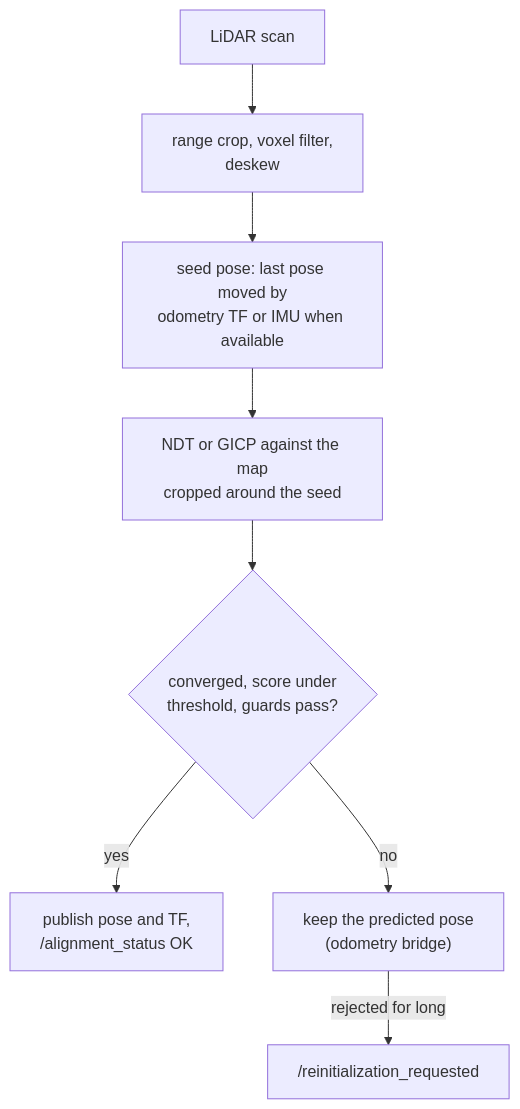
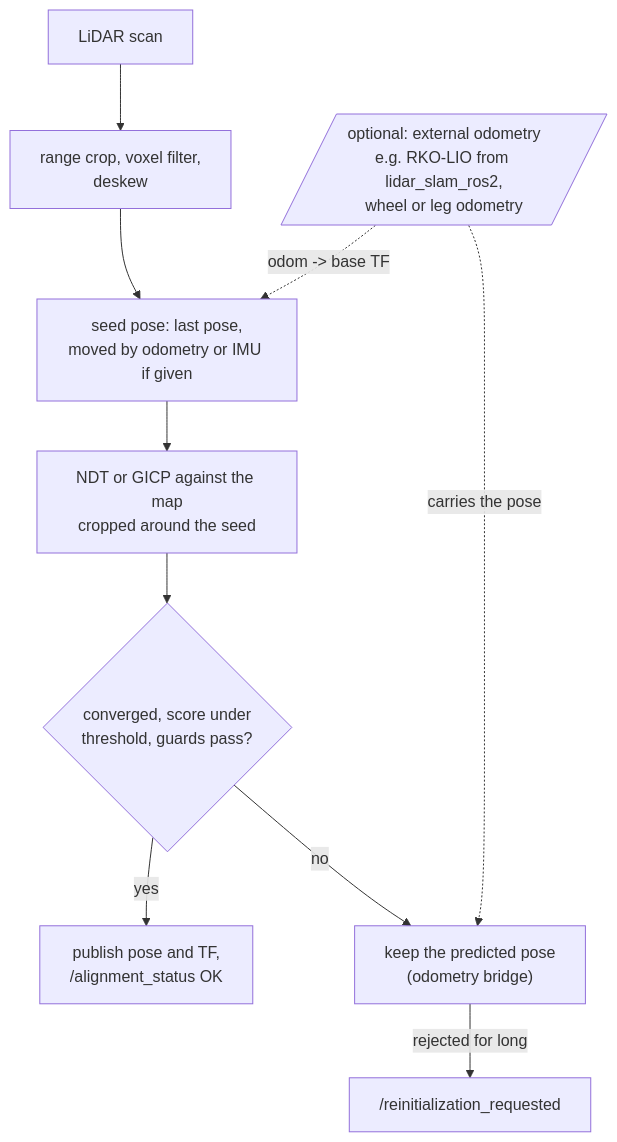
Before and after one commit to rsasaki0109/lidar_localization_ros2: the second of 2 diagrams in README.md, drawn with Mermaid. The commit also changed other lines of this file, not shown here.

Commit message:
Show external odometry (e.g. RKO-LIO) as optional in the per-scan diagram
The README hero caption and the benchmark mention RKO-LIO, which read as
if it did the localization. The per-scan diagram now draws external
odometry as an optional input that seeds the next scan and carries the
pose through rejected scans, and a short paragraph says that map
matching is always NDT or GICP.

Claude-Session: https://claude.ai/code/session_01Ek8H7ddDwwTcrurSKKRQ3Q

````diff
--- a/README.md
+++ b/README.md
@@ -163,10 +163,13 @@
 ```mermaid
 flowchart TD
+    odom[/"optional: external odometry<br/>e.g. RKO-LIO from lidar_slam_ros2,<br/>wheel or leg odometry"/]
     scan["LiDAR scan"] --> prep["range crop, voxel filter,<br/>deskew"]
-    prep --> seed["seed pose: last pose moved by<br/>odometry TF or IMU when available"]
+    prep --> seed["seed pose: last pose,<br/>moved by odometry or IMU if given"]
     seed --> reg["NDT or GICP against the map<br/>cropped around the seed"]
     reg --> gate{"converged, score under<br/>threshold, guards pass?"}
     gate -- yes --> pub["publish pose and TF,<br/>/alignment_status OK"]
     gate -- no --> bridge["keep the predicted pose<br/>(odometry bridge)"]
     bridge -- "rejected for long" --> reinit["/reinitialization_requested"]
+    odom -. "odom -> base TF" .-> seed
+    odom -. "carries the pose" .-> bridge
 ```
````
